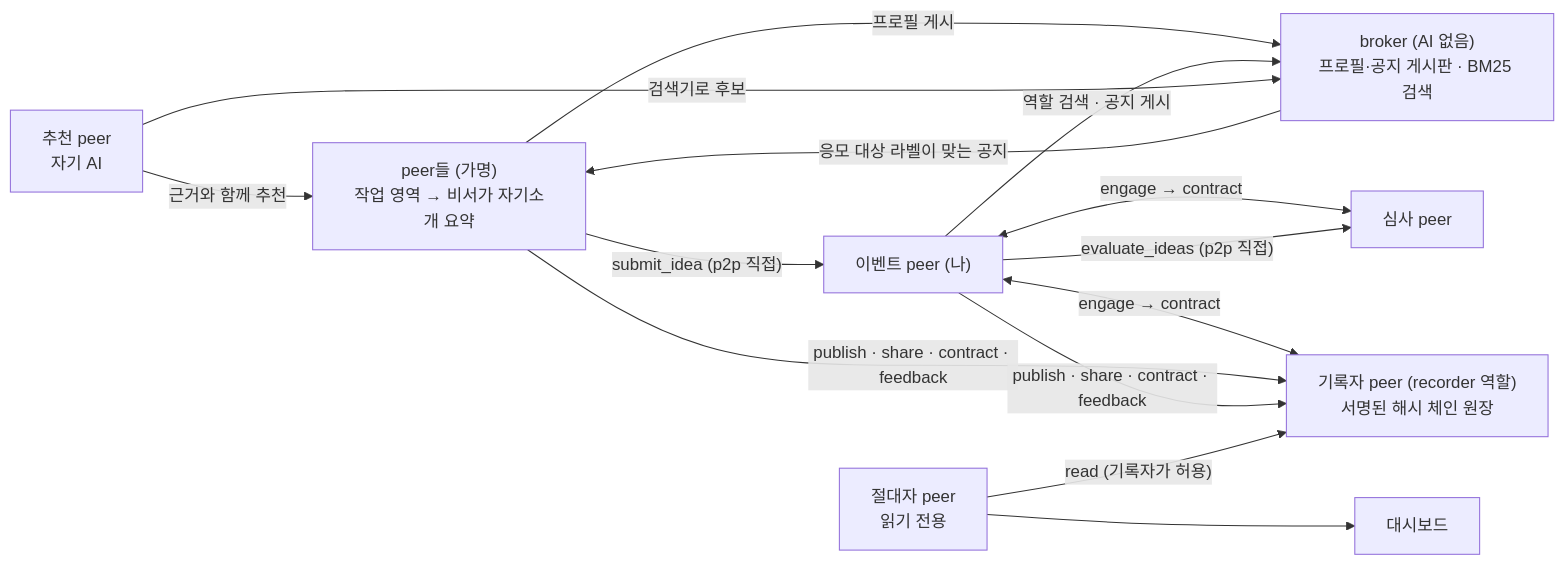
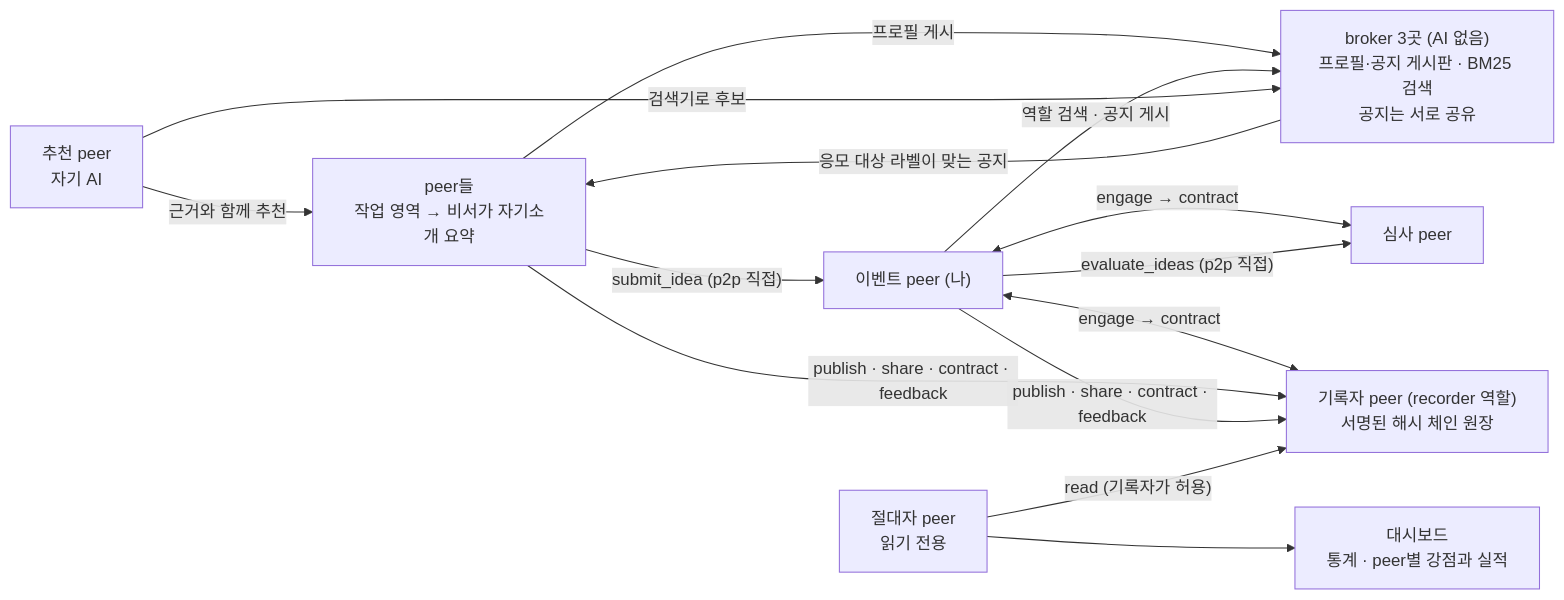
One commit to tanminkwan/share-ur-tokens changed the diagram in README.md. Above: the diagram before and after it, drawn with Mermaid. The commit also changed other lines of this file and 5 other files, not shown here.

````diff
--- a/README.md
+++ b/README.md
@@ -14,15 +16,15 @@
 ```mermaid
 flowchart LR
-    P["peer들 (가명)<br/>작업 영역 → 비서가 자기소개 요약"] -- "프로필 게시" --> B["broker (AI 없음)<br/>프로필·공지 게시판 · BM25 검색"]
+    P["peer들<br/>작업 영역 → 비서가 자기소개 요약"] -- "프로필 게시" --> B["broker 3곳 (AI 없음)<br/>프로필·공지 게시판 · BM25 검색<br/>공지는 서로 공유"]
     E["이벤트 peer (나)"] -- "역할 검색 · 공지 게시" --> B
     B -- "응모 대상 라벨이 맞는 공지" --> P
     M["추천 peer<br/>자기 AI"] -- "검색기로 후보" --> B
     M -- "근거와 함께 추천" --> P
     E <-- "engage → contract" --> R["심사 peer"]
     P -- "submit_idea (p2p 직접)" --> E
     E -- "evaluate_ideas (p2p 직접)" --> R
     E <-- "engage → contract" --> L["기록자 peer (recorder 역할)<br/>서명된 해시 체인 원장"]
     P & E -- "publish · share · contract · feedback" --> L
     O["절대자 peer<br/>읽기 전용"] -- "read (기록자가 허용)" --> L
-    O --> D["대시보드"]
+    O --> D["대시보드<br/>통계 · peer별 강점과 실적"]
 ```
````
